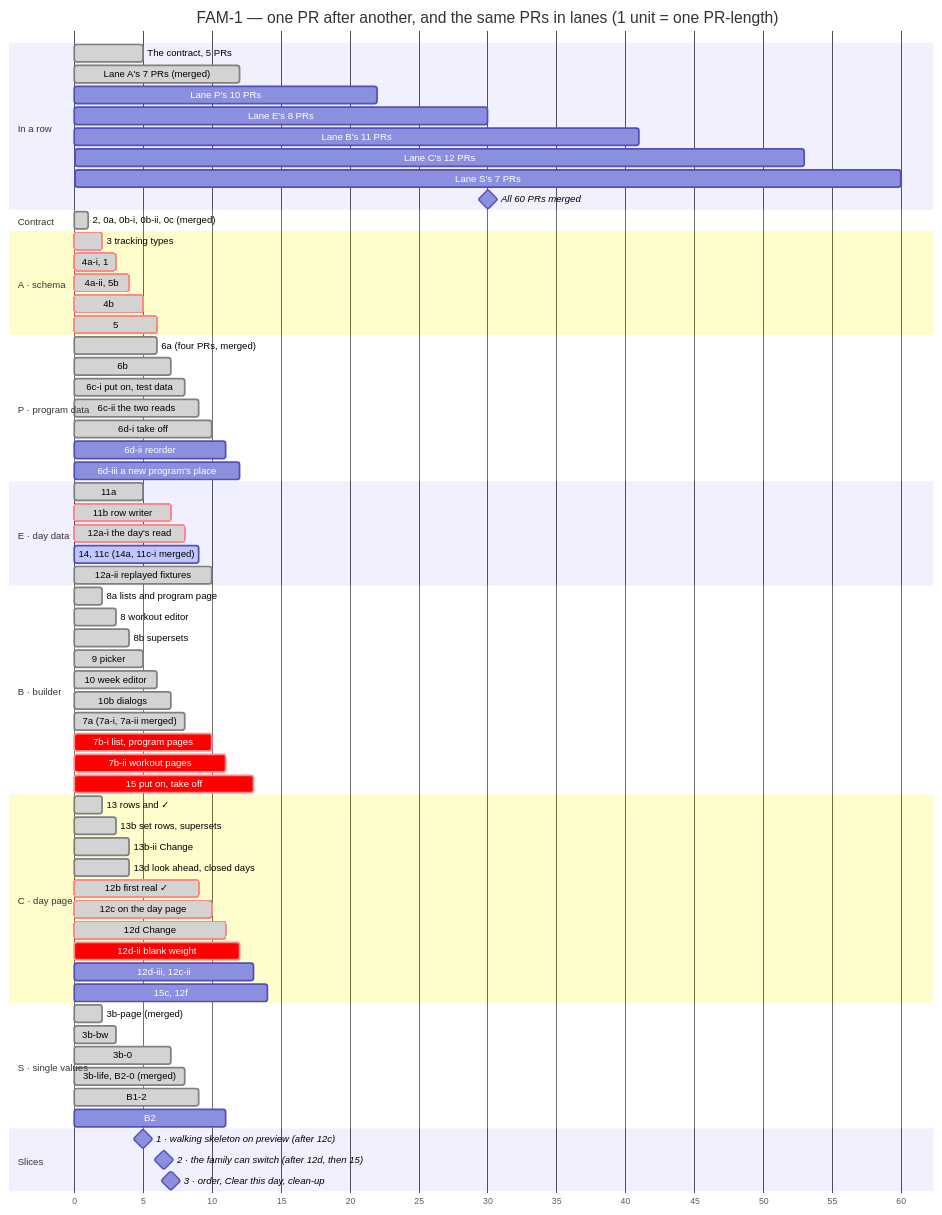
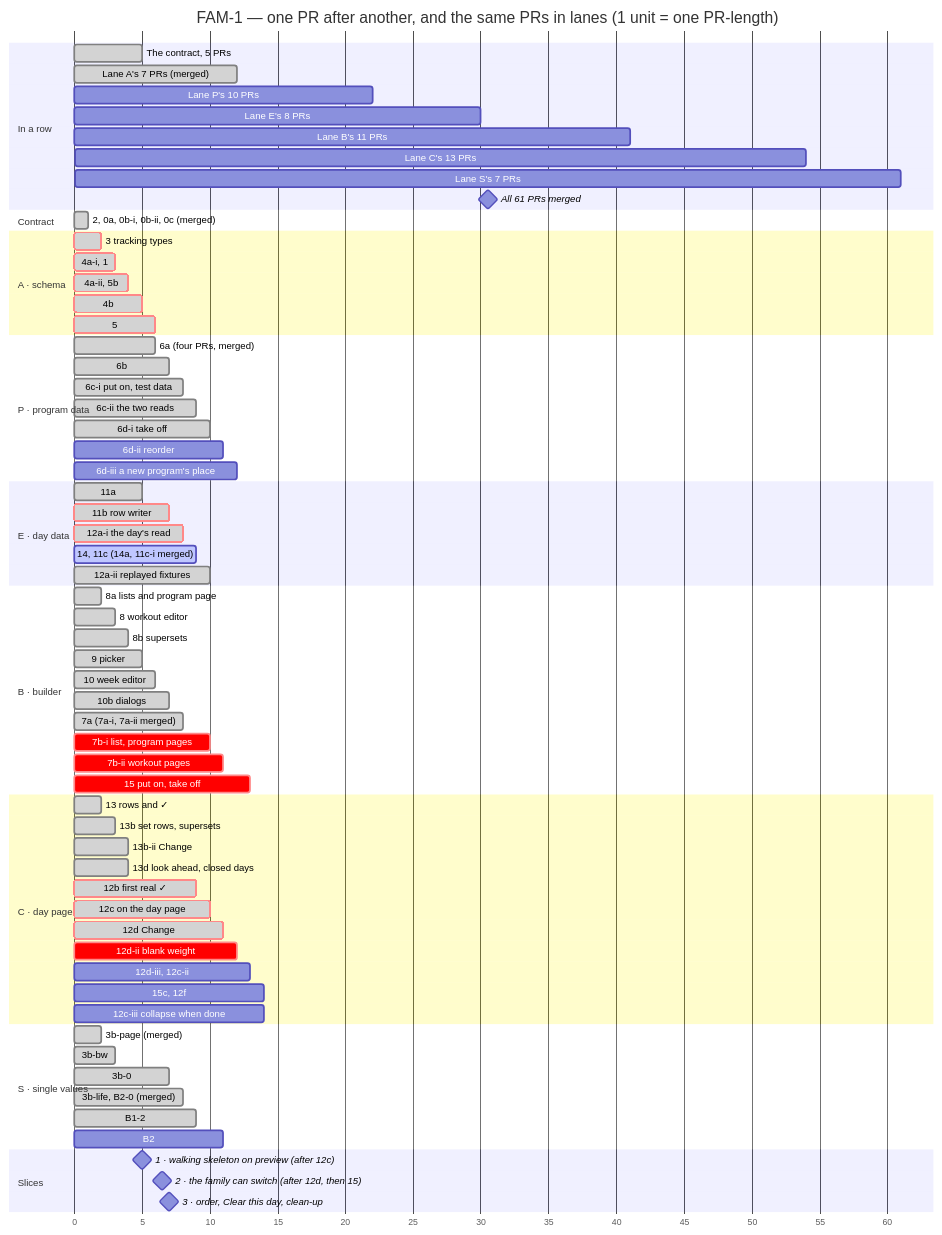
One commit to ralamode/mat-plan changed the second of 2 diagrams in docs/milestones/fam-1-family-program.md. Above: the diagram before and after it, drawn with Mermaid. The commit also changed other lines of this file and 3 other files, not shown here.

Commit message:
docs(fam-1): the collapse prototype is accepted; the chart says what is not planned in detail

````diff
--- a/docs/milestones/fam-1-family-program.md
+++ b/docs/milestones/fam-1-family-program.md
@@ -260,80 +260,81 @@
 ```mermaid
 gantt
   title FAM-1 — one PR after another, and the same PRs in lanes (1 unit = one PR-length)
   dateFormat X
   axisFormat %s
   todayMarker off
 
   section In a row
   The contract, 5 PRs          :done, r0, 0, 5
   Lane A's 7 PRs (merged)      :done, r1, 5, 12
   Lane P's 10 PRs              :r2, 12, 22
   Lane E's 8 PRs               :r3, 22, 30
   Lane B's 11 PRs              :r4, 30, 41
-  Lane C's 12 PRs              :r5, 41, 53
-  Lane S's 7 PRs               :r6, 53, 60
-  All 60 PRs merged            :milestone, rm, 60, 60
+  Lane C's 13 PRs              :r5, 41, 54
+  Lane S's 7 PRs               :r6, 54, 61
+  All 61 PRs merged            :milestone, rm, 61, 61
 
   section Contract
   2, 0a, 0b-i, 0b-ii, 0c (merged) :done, c0, 0, 1
 
   section A · schema
   3 tracking types             :crit, done, a1, 1, 2
   4a-i, 1                      :crit, done, a2, 2, 3
   4a-ii, 5b                    :crit, done, a3, 3, 4
   4b                           :crit, done, a4, 4, 5
   5                            :crit, done, a5, 5, 6
 
   section P · program data
   6a (four PRs, merged)        :done, p1, 5, 6
   6b                           :done, p2, 6, 7
   6c-i put on, test data       :done, p3, 7, 8
   6c-ii the two reads          :done, p3b, 8, 9
   6d-i take off                :done, p4, 9, 10
   6d-ii reorder                :p5, 10, 11
   6d-iii a new program's place :p6, 11, 12
 
   section E · day data
   11a                          :done, e1, 4, 5
   11b row writer               :crit, done, e2, 5, 7
   12a-i the day's read         :crit, done, e3, 7, 8
   14, 11c (14a, 11c-i merged)  :active, e4, 8, 9
   12a-ii replayed fixtures     :done, e5, 9, 10
 
   section B · builder
   8a lists and program page    :done, b1, 1, 2
   8 workout editor             :done, b2, 2, 3
   8b supersets                 :done, b3, 3, 4
   9 picker                     :done, b4, 4, 5
   10 week editor               :done, b5, 5, 6
   10b dialogs                  :done, b6, 6, 7
   7a (7a-i, 7a-ii merged)      :done, b7, 7, 8
   7b-i list, program pages     :crit, b8, 9, 10
   7b-ii workout pages          :crit, b8b, 10, 11
   15 put on, take off          :crit, b9, 12, 13
 
   section C · day page
   13 rows and ✓                :done, c1, 1, 2
   13b set rows, supersets      :done, c2, 2, 3
   13b-ii Change                :done, c2b, 3, 4
   13d look ahead, closed days  :done, c3, 3, 4
   12b first real ✓             :crit, done, c4, 8, 9
   12c on the day page          :crit, done, c5, 9, 10
   12d Change                   :crit, done, c6, 10, 11
   12d-ii blank weight          :crit, c6b, 11, 12
   12d-iii, 12c-ii              :c6c, 12, 13
   15c, 12f                     :c7, 13, 14
+  12c-iii collapse when done   :c8, 13, 14
 
   section S · single values
   3b-page (merged)             :done, s1, 1, 2
   3b-bw                        :done, s2, 2, 3
   3b-0                         :done, s3, 6, 7
   3b-life, B2-0 (merged)       :done, s4, 7, 8
   B1-2                         :done, s5, 8, 9
   B2                           :s6, 10, 11
 
   section Slices
   1 · walking skeleton on preview (after 12c) :milestone, m1, 10, 10
   2 · the family can switch (after 12d, then 15) :milestone, m2, 13, 13
   3 · order, Clear this day, clean-up         :milestone, m3, 14, 14
 ```
````
